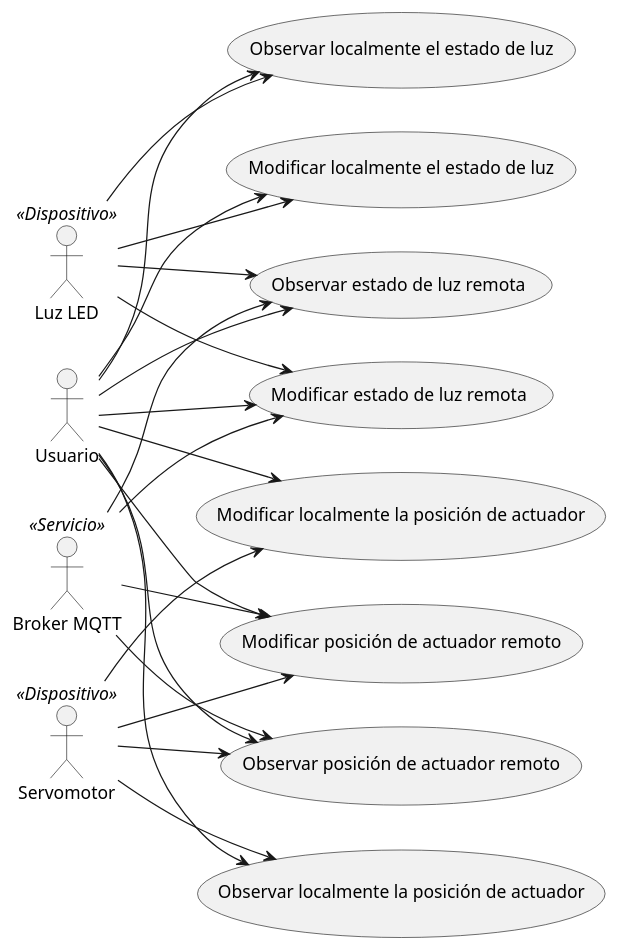
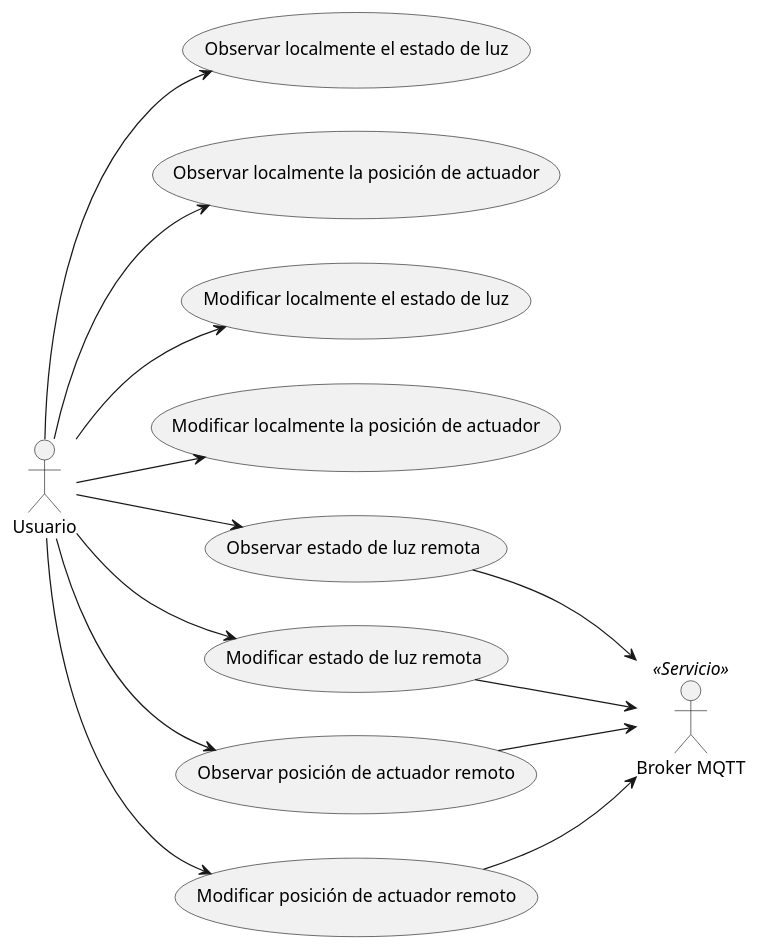
The diagram in casos_de_uso.puml (fmirandabonomi/vvs-ejemplo-2025-10-02), drawn with PlantUML before and after one commit.

Commit message:
Diagrama de caso de uso corregido

```diff
--- a/casos_de_uso.puml
+++ b/casos_de_uso.puml
@@ -1,41 +1,30 @@
 @startuml
 left to right direction
 
 :Usuario: as U
 :Broker MQTT: as M <<Servicio>>
-:Luz LED: as L <<Dispositivo>>
-:Servomotor: as S <<Dispositivo>>
 
 (Observar localmente el estado de luz) as OLL
 (Observar localmente la posición de actuador) as OPL
 (Modificar localmente el estado de luz) as MLL
 (Modificar localmente la posición de actuador) as MPL
 (Observar estado de luz remota) as OLR
 (Modificar estado de luz remota) as MLR
 (Observar posición de actuador remoto) as OPR
 (Modificar posición de actuador remoto) as MPR
 
 U --> OLL
 U --> OPL
 U --> MLL
 U --> MPL
 U --> OLR
 U --> MLR
 U --> OPR
 U --> MPR
 
-L --> OLL
-S --> OPL
-L --> MLL
-S --> MPL
-L --> OLR
-L --> MLR
-S --> OPR
-S --> MPR
-
-M --> OLR
-M --> MLR
-M --> OPR
-M --> MPR
+OLR --> M
+MLR --> M
+OPR --> M
+MPR --> M
 
 @enduml
```
